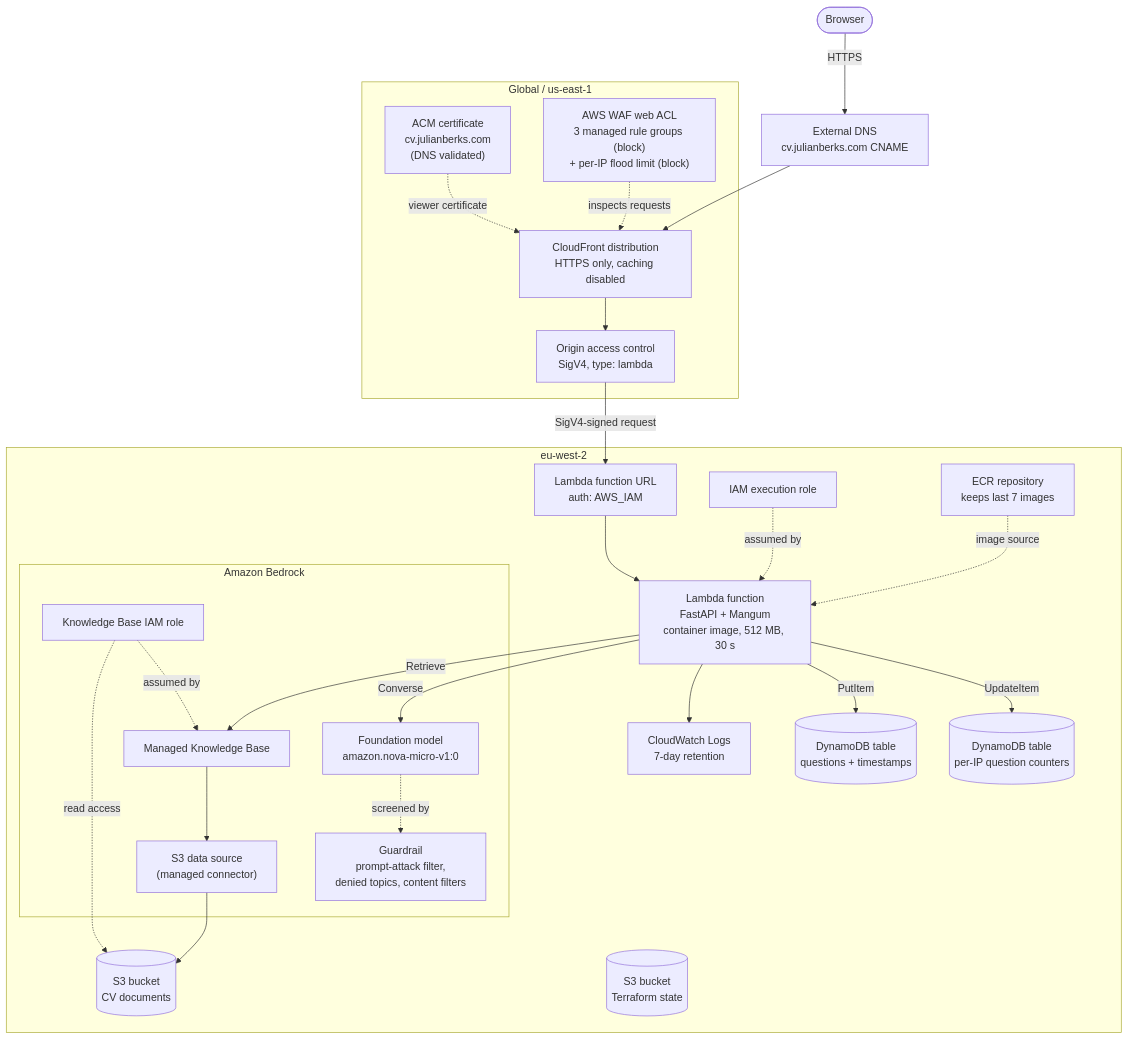
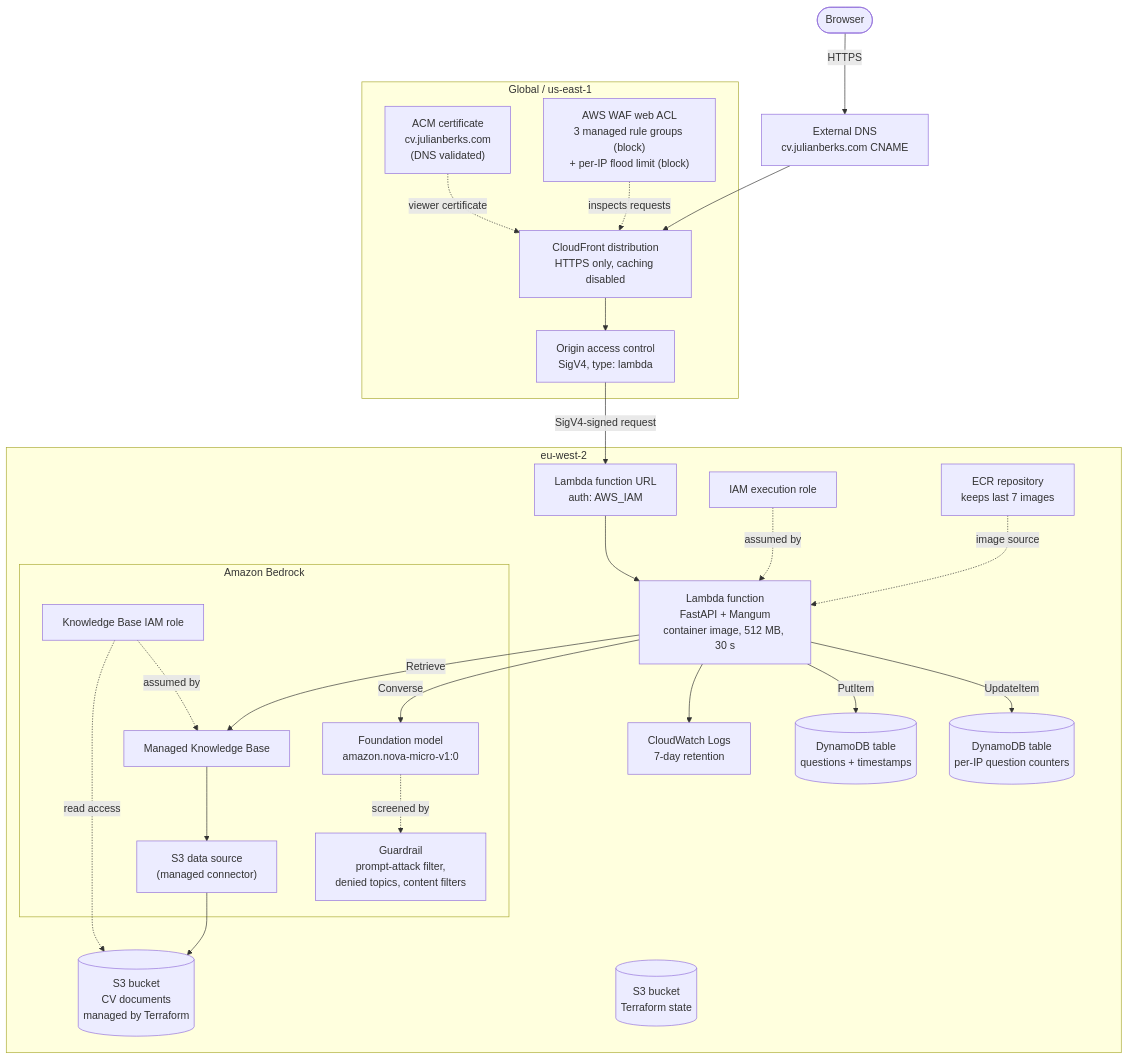
Before and after one commit to julian-berks/cv_app: the first of 3 diagrams in cv/app/Container/docs/architecture.md, drawn with Mermaid. The commit also changed other lines of this file, not shown here.

Commit message:
Update architecture doc

````diff
--- a/cv/app/Container/docs/architecture.md
+++ b/cv/app/Container/docs/architecture.md
@@ -9,49 +9,49 @@
 ```mermaid
 flowchart TB
     user([Browser])
     dns["External DNS<br/>cv.julianberks.com CNAME"]
 
     subgraph global["Global / us-east-1"]
         acm["ACM certificate<br/>cv.julianberks.com<br/>(DNS validated)"]
         waf["AWS WAF web ACL<br/>3 managed rule groups (block)<br/>+ per-IP flood limit (block)"]
         cf["CloudFront distribution<br/>HTTPS only, caching disabled"]
         oac["Origin access control<br/>SigV4, type: lambda"]
     end
 
     subgraph region["eu-west-2"]
         url["Lambda function URL<br/>auth: AWS_IAM"]
         fn["Lambda function<br/>FastAPI + Mangum<br/>container image, 512 MB, 30 s"]
         role["IAM execution role"]
         logs["CloudWatch Logs<br/>7-day retention"]
         ecr["ECR repository<br/>keeps last 7 images"]
 
         subgraph bedrock["Amazon Bedrock"]
             kb["Managed Knowledge Base"]
             ds["S3 data source<br/>(managed connector)"]
             model["Foundation model<br/>amazon.nova-micro-v1:0"]
             guard["Guardrail<br/>prompt-attack filter,<br/>denied topics, content filters"]
             kbrole["Knowledge Base IAM role"]
         end
 
-        rag[("S3 bucket<br/>CV documents")]
+        rag[("S3 bucket<br/>CV documents<br/>managed by Terraform")]
         questions[("DynamoDB table<br/>questions + timestamps")]
         ratelimits[("DynamoDB table<br/>per-IP question counters")]
         state[("S3 bucket<br/>Terraform state")]
     end
 
     user -->|HTTPS| dns --> cf
     acm -.->|viewer certificate| cf
     waf -.->|inspects requests| cf
     cf --> oac -->|SigV4-signed request| url --> fn
     fn -->|Retrieve| kb
     fn -->|Converse| model
     model -.->|screened by| guard
     kb --> ds --> rag
     kbrole -.->|read access| rag
     kbrole -.->|assumed by| kb
     role -.->|assumed by| fn
     fn --> logs
     fn -->|PutItem| questions
     fn -->|UpdateItem| ratelimits
     ecr -.->|image source| fn
 ```
````
